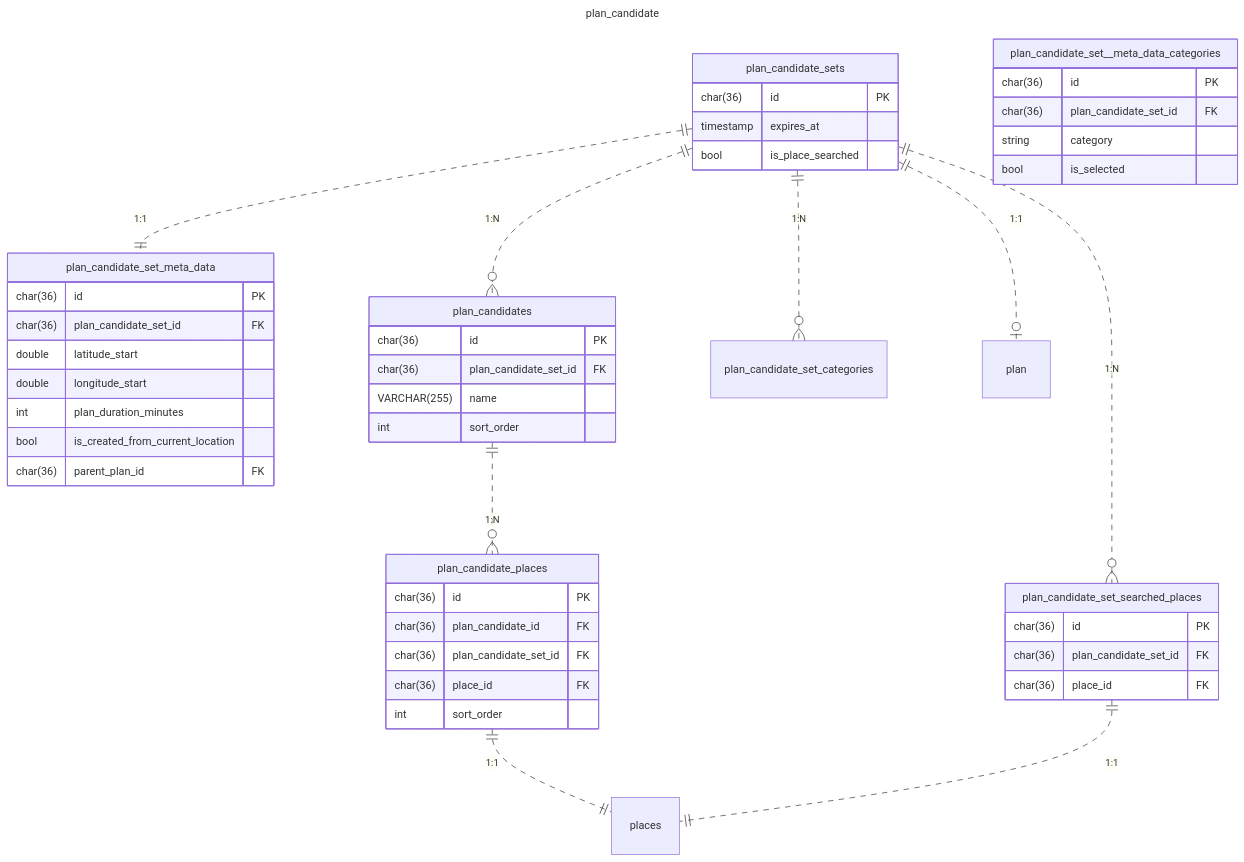
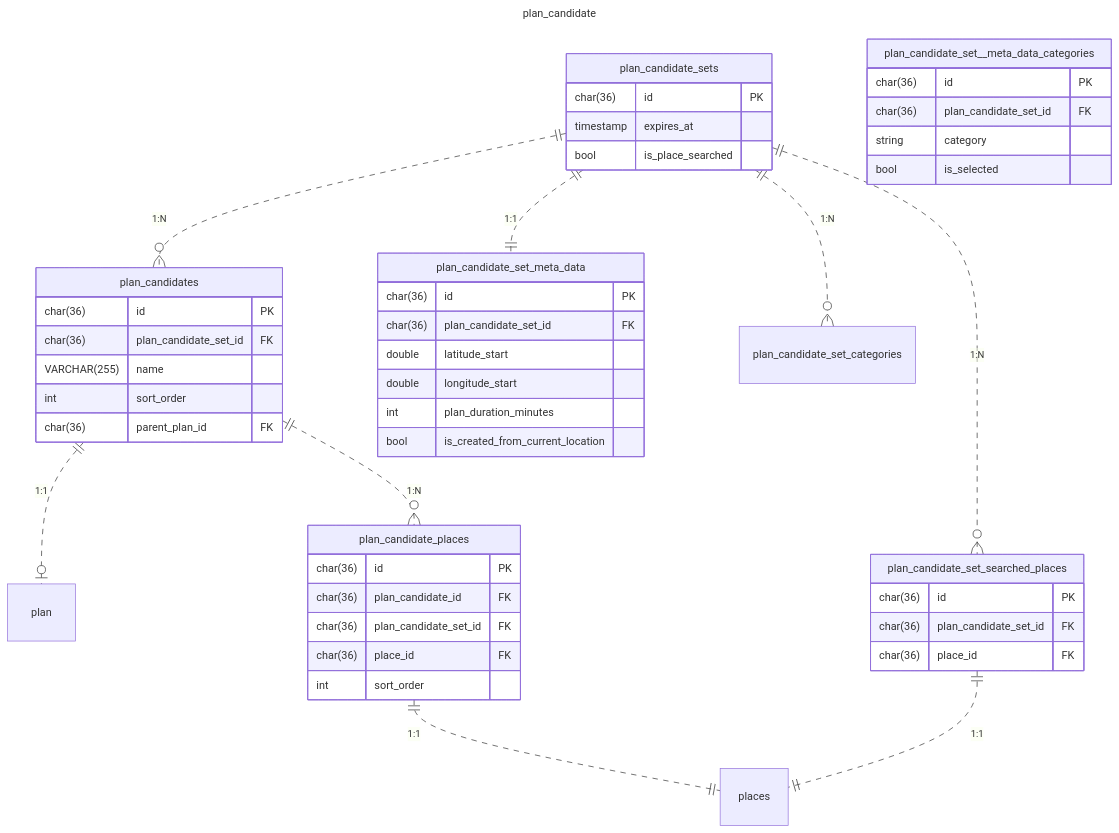
The fourth of 8 diagrams in doc/database/er.md (poroto-app/planner), drawn with Mermaid before and after one commit. The commit also changed 5 other files, not shown here.

Commit message:
feat(db): plan_candidate に対して、親プランを登録する

````diff
--- a/doc/database/er.md
+++ b/doc/database/er.md
@@ -128,59 +128,59 @@
 ```mermaid
 ---
 title: plan_candidate
 ---
 erDiagram
     plan_candidate_sets {
         char(36) id PK
         timestamp expires_at
         bool is_place_searched
     }
 
     plan_candidate_set_meta_data {
         char(36) id PK
         char(36) plan_candidate_set_id FK
         double latitude_start
         double longitude_start
         int plan_duration_minutes
         bool is_created_from_current_location
-        %%  もとになったプラン（カスタム元になったプラン等） 
-        char(36) parent_plan_id FK
     }
 
     plan_candidate_set_searched_places {
         char(36) id PK
         char(36) plan_candidate_set_id FK
         char(36) place_id FK
     }
 
     plan_candidate_set__meta_data_categories {
         char(36) id PK
         char(36) plan_candidate_set_id FK
         string category
         bool is_selected
     }
 
     plan_candidates {
         char(36) id PK
         char(36) plan_candidate_set_id FK
         VARCHAR(255) name
         int sort_order
+        %%  もとになったプラン（カスタム元になったプラン等） 
+      char(36) parent_plan_id FK
     }
 
     plan_candidate_places {
         char(36) id PK
         char(36) plan_candidate_id FK
         char(36) plan_candidate_set_id FK
         char(36) place_id FK
         int sort_order
     }
 
     plan_candidate_sets ||..o{ plan_candidates: "1:N"
     plan_candidate_sets ||..|| plan_candidate_set_meta_data: "1:1"
     plan_candidate_sets ||..o{ plan_candidate_set_categories: "1:N"
     plan_candidate_sets ||..o{ plan_candidate_set_searched_places: "1:N"
-    plan_candidate_sets ||..o| plan: "1:1"
+    plan_candidates ||..o| plan : "1:1"
     plan_candidates ||..o{ plan_candidate_places: "1:N"
     plan_candidate_places ||..|| places: "1:1"
     plan_candidate_set_searched_places ||..|| places: "1:1"
 ```
````
